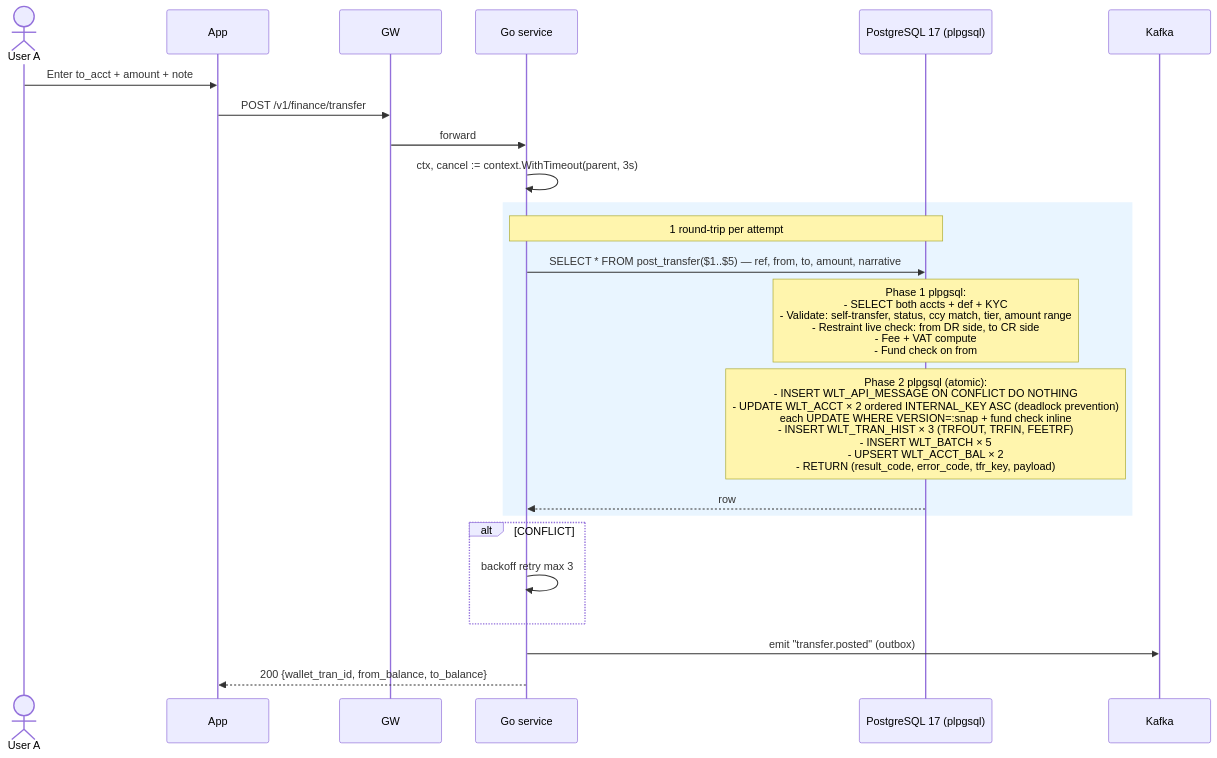
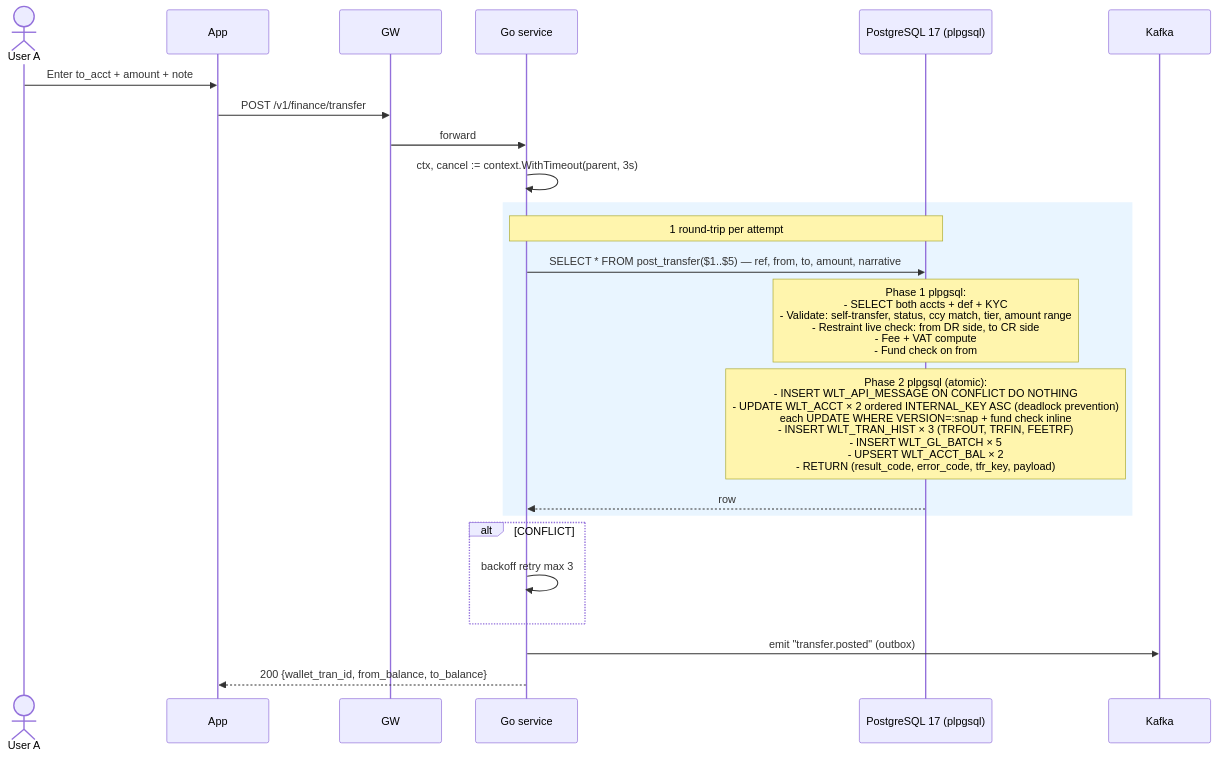
One commit to huuhoait/core-wallet changed the fifth of 6 diagrams in docs/specs/finance_transaction.md. Above: the diagram before and after it, drawn with Mermaid. The commit also changed other lines of this file and 26 other files, not shown here.

````diff
--- a/docs/specs/finance_transaction.md
+++ b/docs/specs/finance_transaction.md
@@ -493,29 +493,29 @@
 ```mermaid
 sequenceDiagram
   actor UserA as User A
   participant App
   participant GW
   participant GO as Go service
   participant DB as PostgreSQL 17 (plpgsql)
   participant K as Kafka
 
   UserA->>App: Enter to_acct + amount + note
   App->>GW: POST /v1/finance/transfer
   GW->>GO: forward
   GO->>GO: ctx, cancel := context.WithTimeout(parent, 3s)
   
   rect rgba(200,230,255,0.4)
     Note over GO,DB: 1 round-trip per attempt
     GO->>DB: SELECT * FROM post_transfer($1..$5) — ref, from, to, amount, narrative
     Note over DB: Phase 1 plpgsql:<br/>- SELECT both accts + def + KYC<br/>- Validate: self-transfer, status, ccy match, tier, amount range<br/>- Restraint live check: from DR side, to CR side<br/>- Fee + VAT compute<br/>- Fund check on from
-    Note over DB: Phase 2 plpgsql (atomic):<br/>- INSERT WLT_API_MESSAGE ON CONFLICT DO NOTHING<br/>- UPDATE WLT_ACCT × 2 ordered INTERNAL_KEY ASC (deadlock prevention)<br/>  each UPDATE WHERE VERSION=:snap + fund check inline<br/>- INSERT WLT_TRAN_HIST × 3 (TRFOUT, TRFIN, FEETRF)<br/>- INSERT WLT_BATCH × 5<br/>- UPSERT WLT_ACCT_BAL × 2<br/>- RETURN (result_code, error_code, tfr_key, payload)
+    Note over DB: Phase 2 plpgsql (atomic):<br/>- INSERT WLT_API_MESSAGE ON CONFLICT DO NOTHING<br/>- UPDATE WLT_ACCT × 2 ordered INTERNAL_KEY ASC (deadlock prevention)<br/>  each UPDATE WHERE VERSION=:snap + fund check inline<br/>- INSERT WLT_TRAN_HIST × 3 (TRFOUT, TRFIN, FEETRF)<br/>- INSERT WLT_GL_BATCH × 5<br/>- UPSERT WLT_ACCT_BAL × 2<br/>- RETURN (result_code, error_code, tfr_key, payload)
     DB-->>GO: row
   end
   
   alt CONFLICT
     GO->>GO: backoff retry max 3
   end
   
   GO->>K: emit "transfer.posted" (outbox)
   GO-->>App: 200 {wallet_tran_id, from_balance, to_balance}
 ```
````
